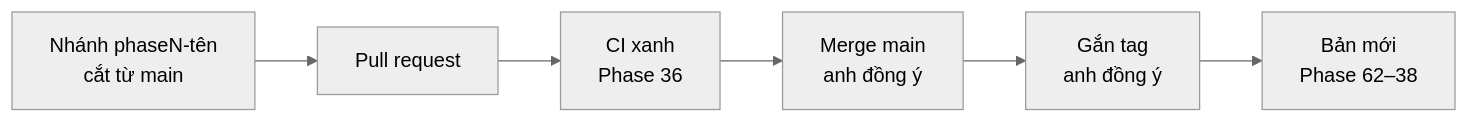
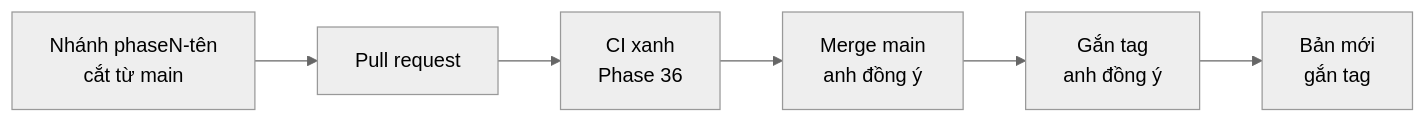
One commit to nvminhtu/niche-radar-docs changed the diagram in docs/web/phase-39-branch-flow.md. Above: the diagram before and after it, drawn with Mermaid (neutral theme). The commit also changed other lines of this file and 39 other files, not shown here.

````diff
--- a/docs/web/phase-39-branch-flow.md
+++ b/docs/web/phase-39-branch-flow.md
@@ -10,8 +10,8 @@
 ```mermaid
 flowchart LR
   N[Nhánh phaseN-tên<br/>cắt từ main] --> P[Pull request]
   P --> C[CI xanh<br/>Phase 36]
   C --> M[Merge main<br/>anh đồng ý]
   M --> T[Gắn tag<br/>anh đồng ý]
-  T --> R[Bản mới<br/>Phase 62–38]
+  T --> R[Bản mới<br/>gắn tag]
 ```
````
